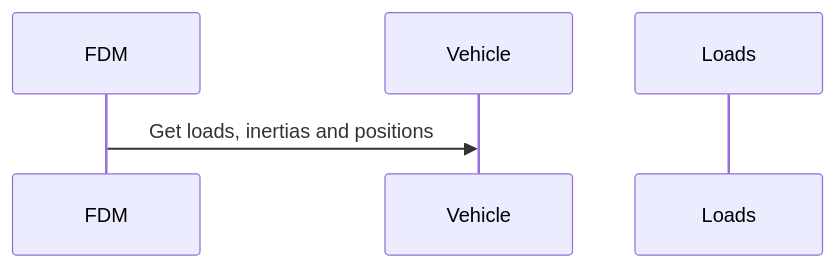
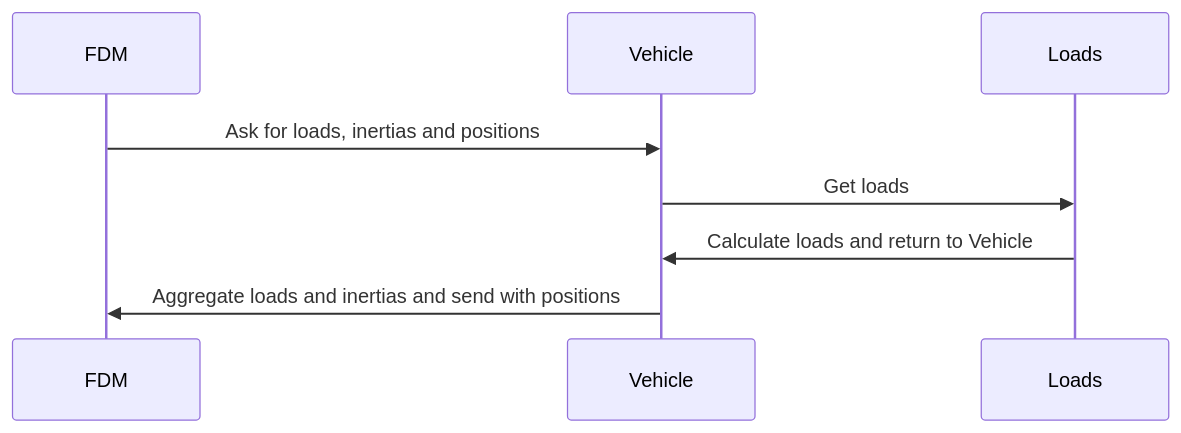
The diagram in README.md (sinoara/flightdynamics), drawn with Mermaid before and after one commit.

Commit message:
added more steps

````diff
--- a/README.md
+++ b/README.md
@@ -4,8 +4,11 @@
 ```mermaid
 sequenceDiagram
     participant FDM
     participant Vehicle 
     participant Loads 
 	
-	FDM->>Vehicle: Get loads, inertias and positions
+	FDM->>Vehicle: Ask for loads, inertias and positions
+	Vehicle->>Loads: Get loads
+	Loads->>Vehicle: Calculate loads and return to Vehicle
+	Vehicle->>FDM: Aggregate loads and inertias and send with positions 
 ```
````
